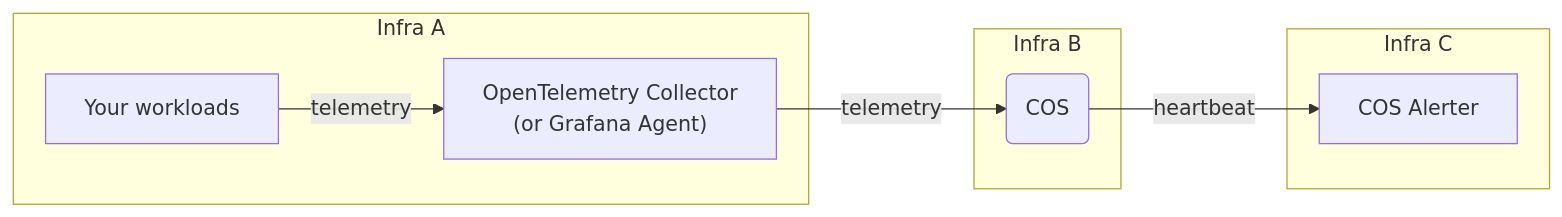
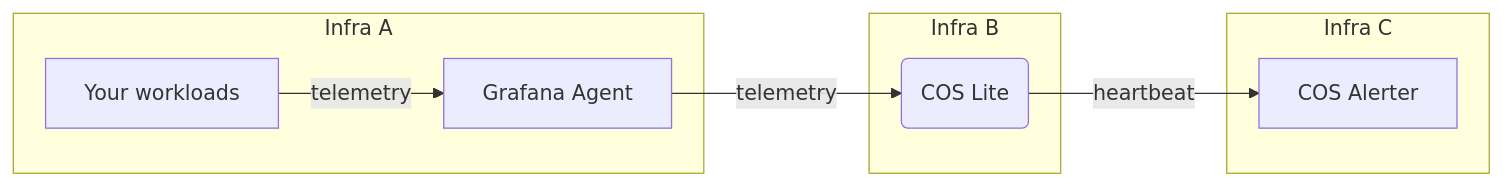
The diagram in docs/reference/best-practices/best-practices-cos-lite.md (canonical/observability-stack), drawn with Mermaid before and after one commit. The commit also changed other lines of this file and 1 other file, not shown here.

````diff
--- a/docs/reference/best-practices/best-practices-cos-lite.md
+++ b/docs/reference/best-practices/best-practices-cos-lite.md
@@ -77,18 +77,18 @@
 ```{mermaid}
 flowchart LR
 
 subgraph Infra A
-A[Your workloads] -->|telemetry| otelcol["OpenTelemetry Collector<br/>(or Grafana Agent)"]
+A[Your workloads] -->|telemetry| gagent[Grafana Agent]
 end
 
 subgraph Infra B
-B(COS)
+B(COS Lite)
 end
 
 subgraph Infra C
 C[COS Alerter]
 end
 
-otelcol-->|telemetry| B
+gagent-->|telemetry| B
 B -->|heartbeat| C
 ```
````
